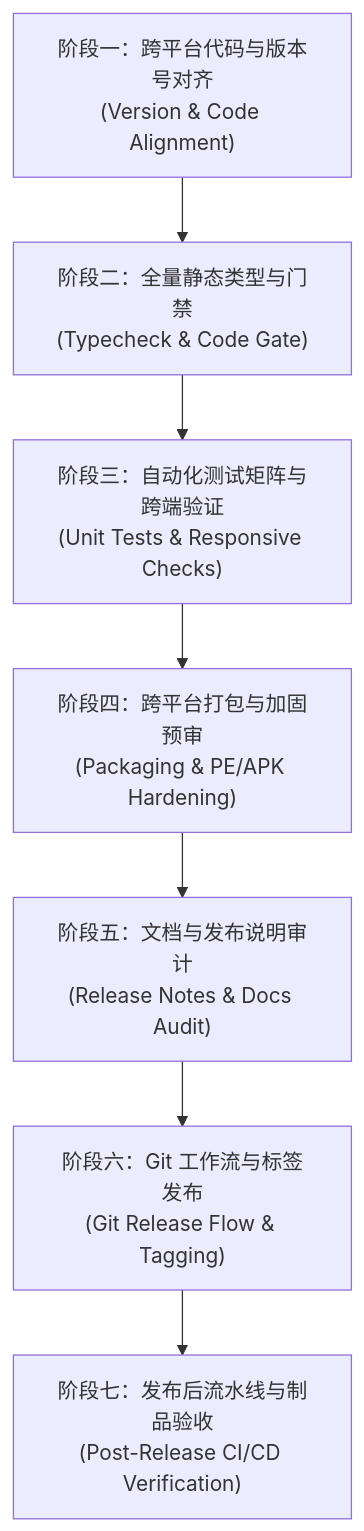
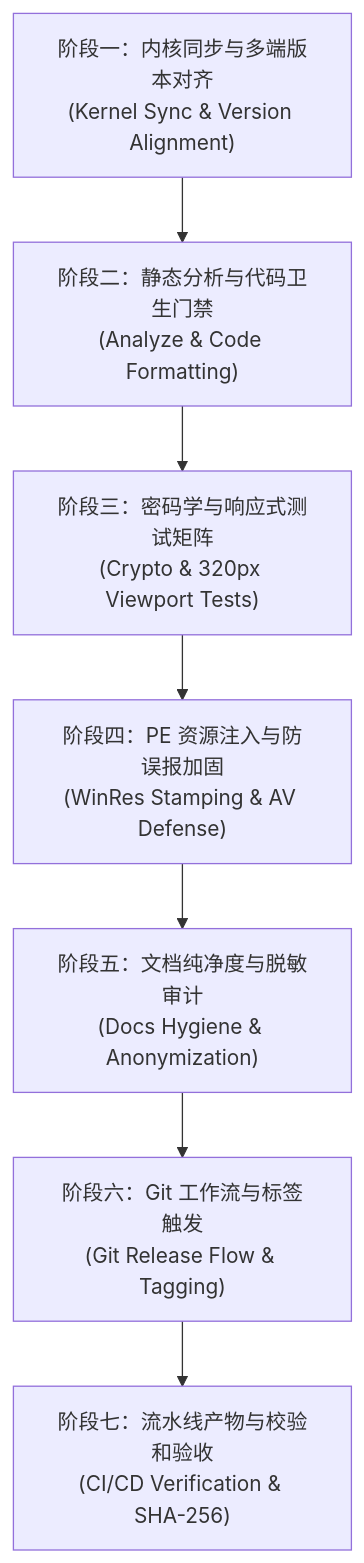
The diagram in docs/RELEASE_CHECKLIST.md (BeingNoAbility/WebRTC-Gateway-GUI), drawn with Mermaid before and after one commit. The commit also changed other lines of this file and 2 other files, not shown here.

Commit message:
fix(ci): make release workflow robust with gh api and update project-tailored review guidelines

````diff
--- a/docs/RELEASE_CHECKLIST.md
+++ b/docs/RELEASE_CHECKLIST.md
@@ -11,9 +11,9 @@
 ```mermaid
 flowchart TD
-    Phase1["阶段一：跨平台代码与版本号对齐<br/>(Version & Code Alignment)"] --> Phase2["阶段二：全量静态类型与门禁<br/>(Typecheck & Code Gate)"]
-    Phase2 --> Phase3["阶段三：自动化测试矩阵与跨端验证<br/>(Unit Tests & Responsive Checks)"]
-    Phase3 --> Phase4["阶段四：跨平台打包与加固预审<br/>(Packaging & PE/APK Hardening)"]
-    Phase4 --> Phase5["阶段五：文档与发布说明审计<br/>(Release Notes & Docs Audit)"]
-    Phase5 --> Phase6["阶段六：Git 工作流与标签发布<br/>(Git Release Flow & Tagging)"]
-    Phase6 --> Phase7["阶段七：发布后流水线与制品验收<br/>(Post-Release CI/CD Verification)"]
+    Phase1["阶段一：内核同步与多端版本对齐<br/>(Kernel Sync & Version Alignment)"] --> Phase2["阶段二：静态分析与代码卫生门禁<br/>(Analyze & Code Formatting)"]
+    Phase2 --> Phase3["阶段三：密码学与响应式测试矩阵<br/>(Crypto & 320px Viewport Tests)"]
+    Phase3 --> Phase4["阶段四：PE 资源注入与防误报加固<br/>(WinRes Stamping & AV Defense)"]
+    Phase4 --> Phase5["阶段五：文档纯净度与脱敏审计<br/>(Docs Hygiene & Anonymization)"]
+    Phase5 --> Phase6["阶段六：Git 工作流与标签触发<br/>(Git Release Flow & Tagging)"]
+    Phase6 --> Phase7["阶段七：流水线产物与校验和验收<br/>(CI/CD Verification & SHA-256)"]
 ```
````
